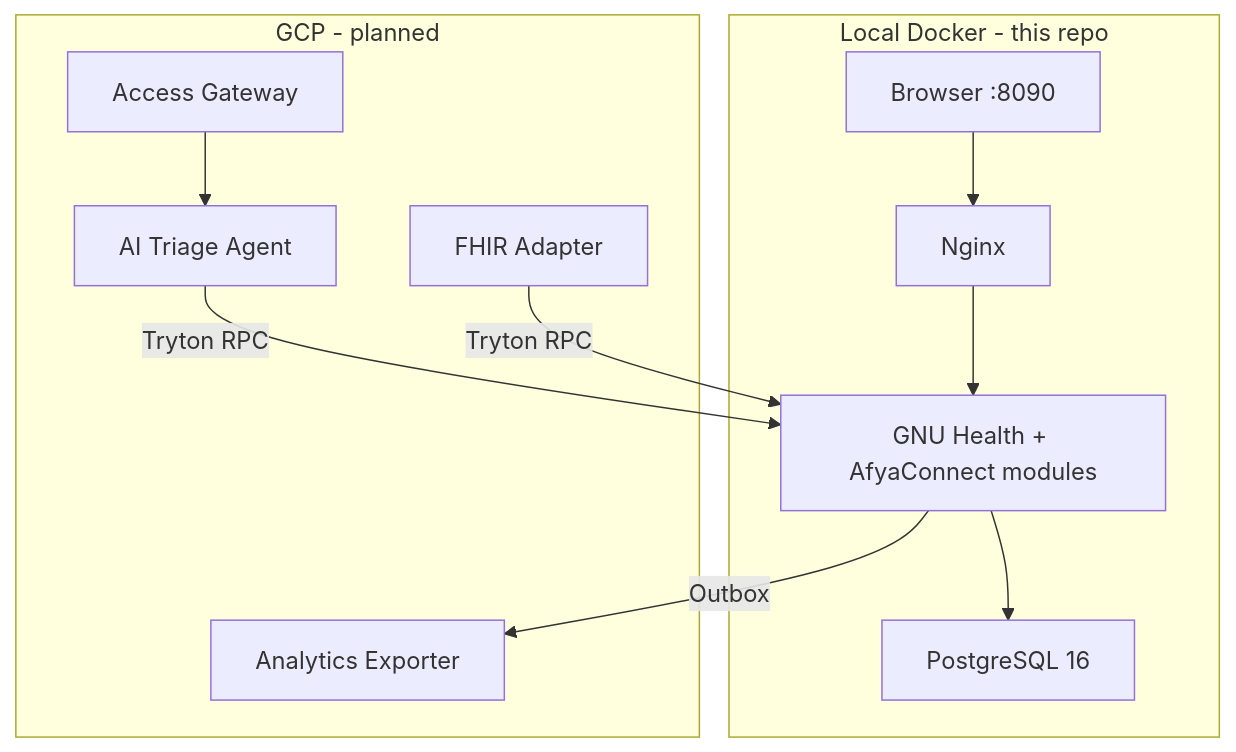
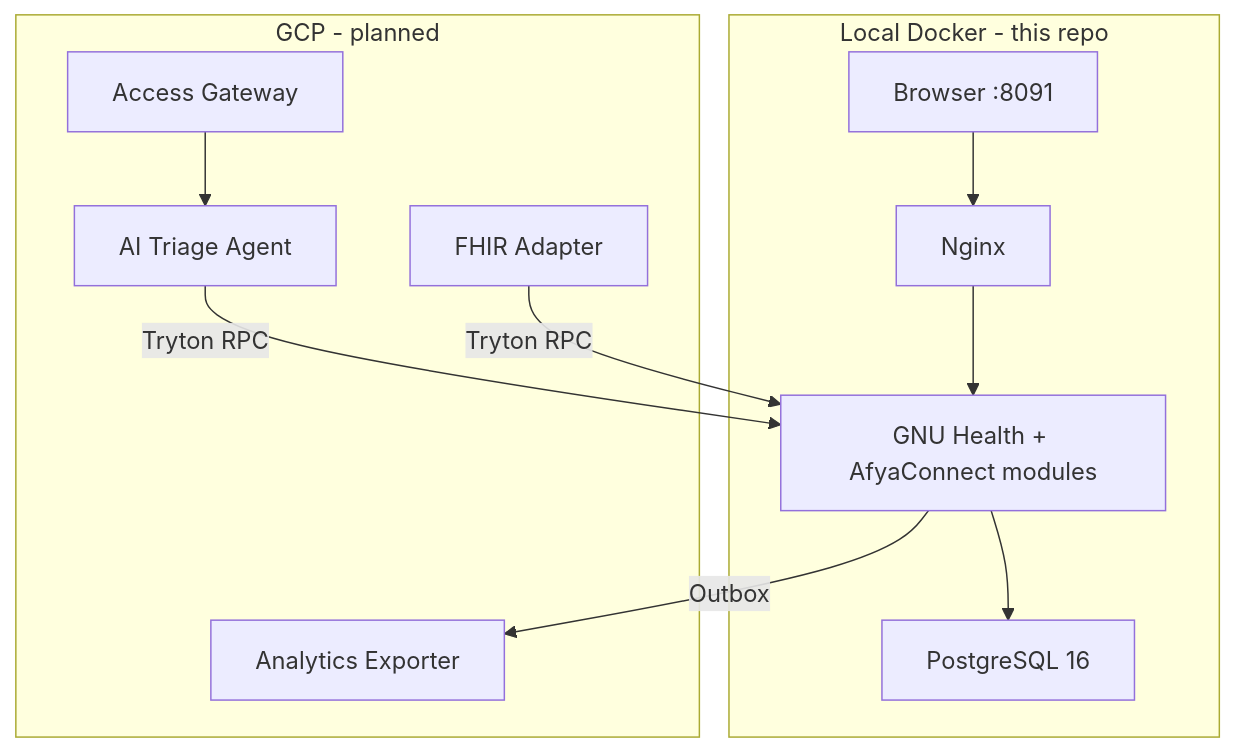
Before and after one commit to sat-found/afyaconnect: the diagram in README.md, drawn with Mermaid. The commit also changed other lines of this file and 18 other files, not shown here.

````diff
--- a/README.md
+++ b/README.md
@@ -29,20 +41,20 @@
 ```mermaid
 flowchart TB
     subgraph local [Local Docker - this repo]
-        Browser["Browser :8090"]
+        Browser["Browser :8091"]
         Nginx["Nginx"]
         GH["GNU Health + AfyaConnect modules"]
         PG["PostgreSQL 16"]
         Browser --> Nginx --> GH --> PG
     end
     subgraph future [GCP - planned]
         Gateway["Access Gateway"]
         Triage["AI Triage Agent"]
         FHIR["FHIR Adapter"]
         Analytics["Analytics Exporter"]
         Gateway --> Triage
         Triage -->|Tryton RPC| GH
         FHIR -->|Tryton RPC| GH
         GH -->|Outbox| Analytics
     end
 ```
````
